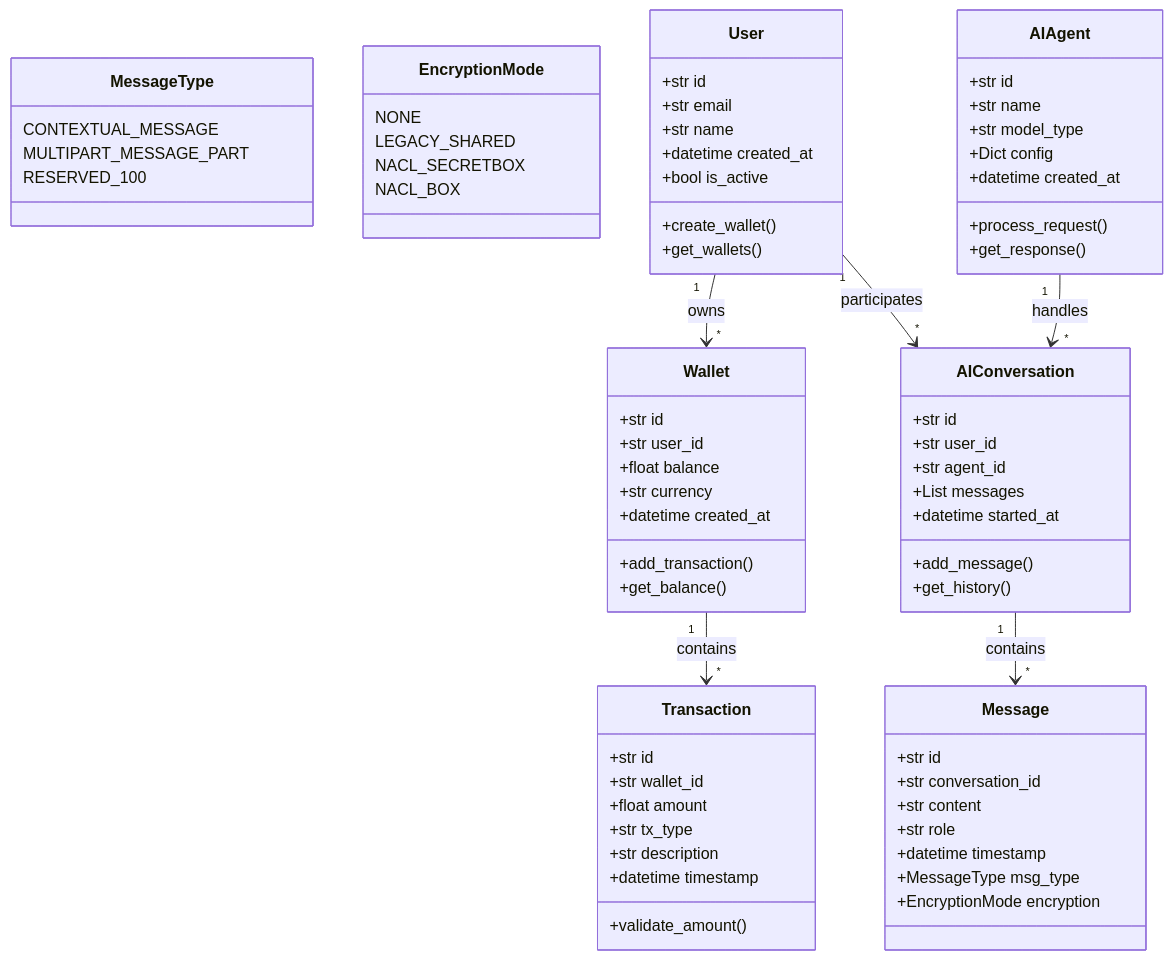
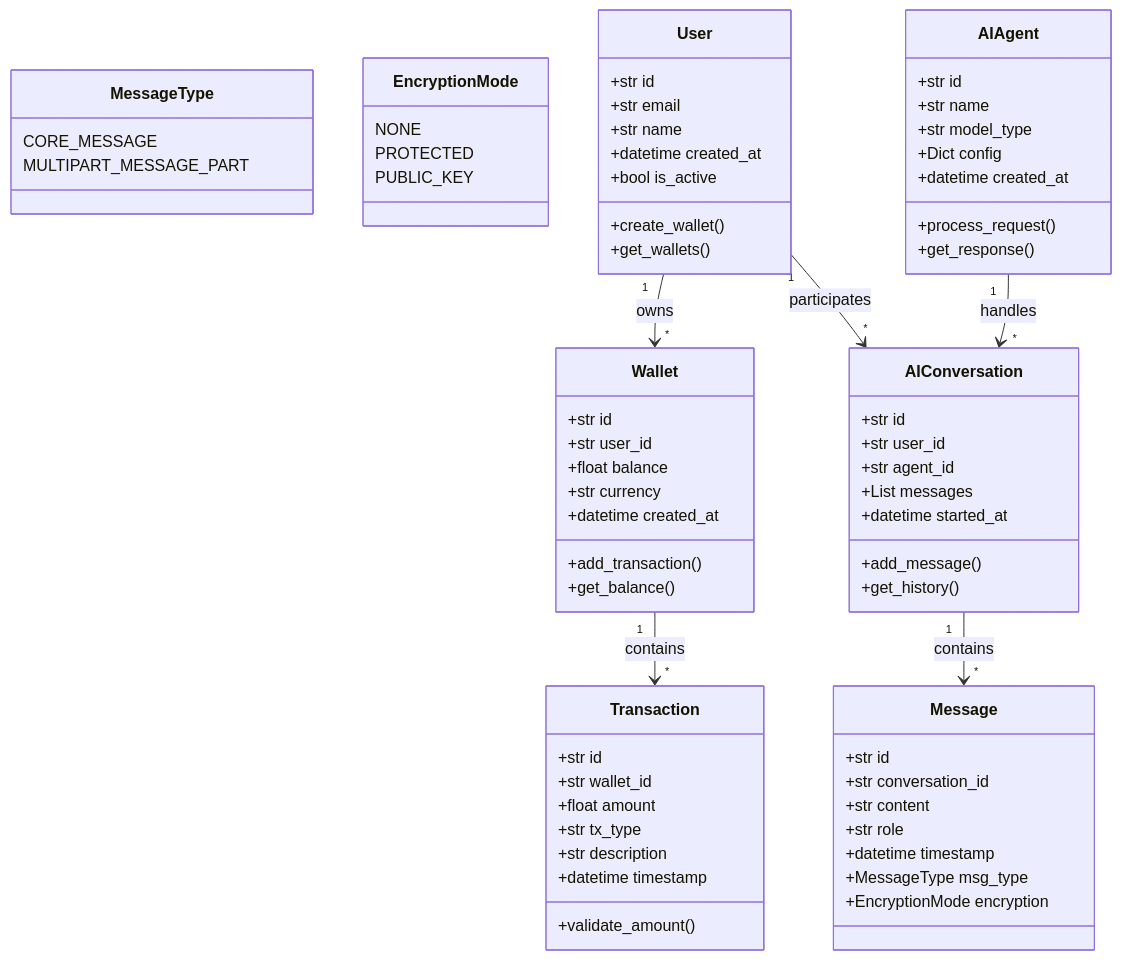
Before and after one commit to postfiatorg/postfiat-sdk: the second of 7 diagrams in docs/ARCHITECTURE.md, drawn with Mermaid. The commit also changed other lines of this file and 26 other files, not shown here.

````diff
--- a/docs/ARCHITECTURE.md
+++ b/docs/ARCHITECTURE.md
@@ -270,84 +349,82 @@
 ```mermaid
 classDiagram
     class MessageType {
-        CONTEXTUAL_MESSAGE
+        CORE_MESSAGE
         MULTIPART_MESSAGE_PART
-        RESERVED_100
     }
 
     class EncryptionMode {
         NONE
-        LEGACY_SHARED
-        NACL_SECRETBOX
-        NACL_BOX
+        PROTECTED
+        PUBLIC_KEY
     }
 
     class User {
         +str id
         +str email
         +str name
         +datetime created_at
         +bool is_active
         +create_wallet()
         +get_wallets()
     }
 
     class Wallet {
         +str id
         +str user_id
         +float balance
         +str currency
         +datetime created_at
         +add_transaction()
         +get_balance()
     }
 
     class Transaction {
         +str id
         +str wallet_id
         +float amount
         +str tx_type
         +str description
         +datetime timestamp
         +validate_amount()
     }
 
     class AIAgent {
         +str id
         +str name
         +str model_type
         +Dict config
         +datetime created_at
         +process_request()
         +get_response()
     }
 
     class AIConversation {
         +str id
         +str user_id
         +str agent_id
         +List messages
         +datetime started_at
         +add_message()
         +get_history()
     }
 
     class Message {
         +str id
         +str conversation_id
         +str content
         +str role
         +datetime timestamp
         +MessageType msg_type
         +EncryptionMode encryption
     }
 
     %% Relationships
     User "1" --> "*" Wallet : owns
     Wallet "1" --> "*" Transaction : contains
     User "1" --> "*" AIConversation : participates
     AIAgent "1" --> "*" AIConversation : handles
     AIConversation "1" --> "*" Message : contains
 
 
 ```
````
